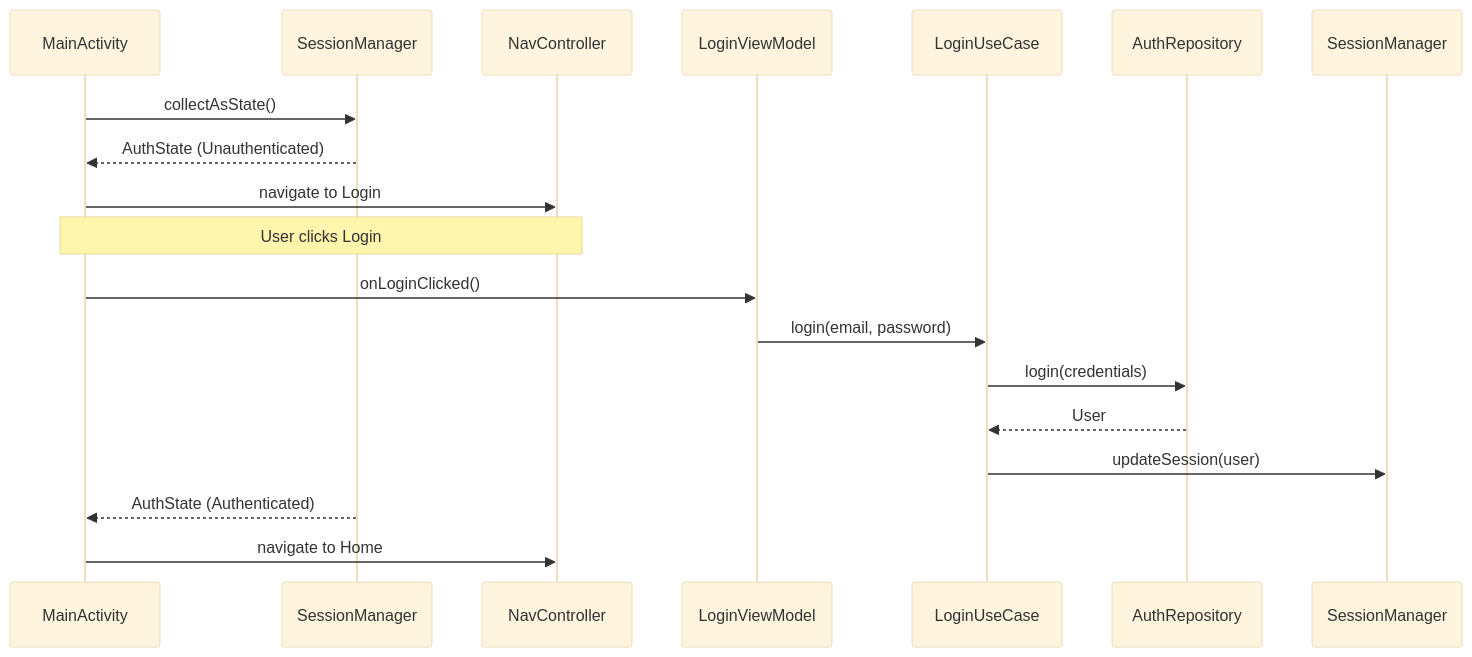
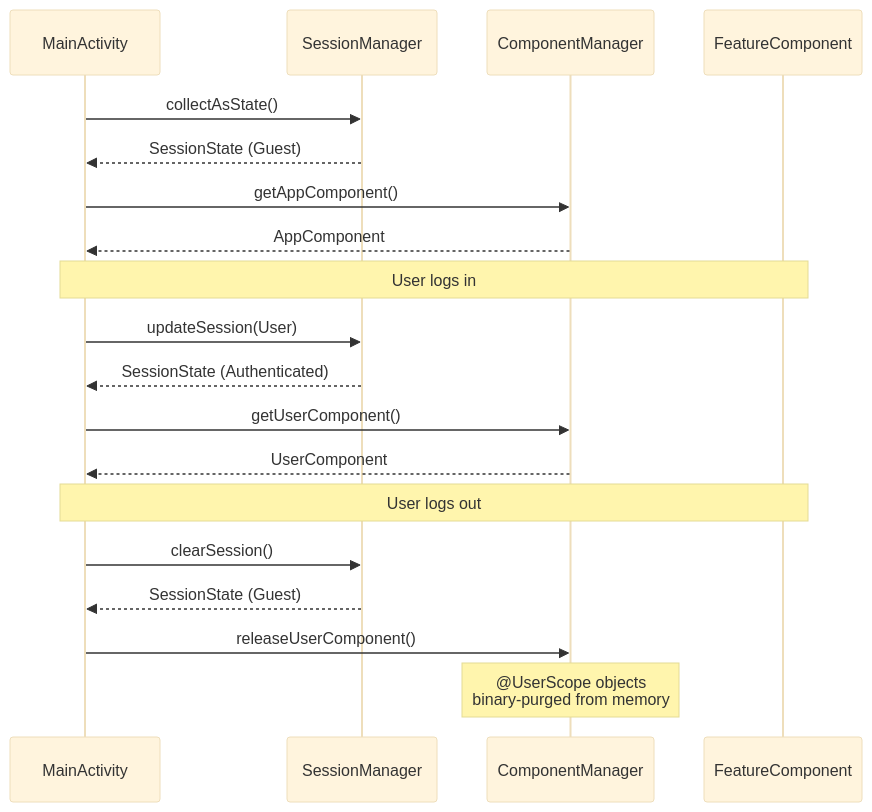
Diagram 11 of 13 in README.md (Rho-Studio/UI-Utils-Rho-Studio), drawn with Mermaid (base theme) before and after one commit. The commit also changed other lines of this file and 2 other files, not shown here.

Commit message:
UPDATE | #44 Pre-Release Doc and CI

````diff
--- a/README.md
+++ b/README.md
@@ -203,20 +518,24 @@
 ```mermaid
 sequenceDiagram
     participant UI as MainActivity
     participant SM as SessionManager
-    participant Nav as NavController
+    participant CM as ComponentManager
+    participant FC as FeatureComponent
     
     UI->>SM: collectAsState()
-    SM-->>UI: AuthState (Unauthenticated)
-    UI->>Nav: navigate to Login
+    SM-->>UI: SessionState (Guest)
+    UI->>CM: getAppComponent()
+    CM-->>UI: AppComponent
     
-    Note over UI,Nav: User clicks Login
-    UI->>LoginViewModel: onLoginClicked()
-    LoginViewModel->>LoginUseCase: login(email, password)
-    LoginUseCase->>AuthRepository: login(credentials)
-    AuthRepository-->>LoginUseCase: User
-    LoginUseCase->>SessionManager: updateSession(user)
+    Note over UI,FC: User logs in
+    UI->>SM: updateSession(User)
+    SM-->>UI: SessionState (Authenticated)
+    UI->>CM: getUserComponent()
+    CM-->>UI: UserComponent
     
-    SM-->>UI: AuthState (Authenticated)
-    UI->>Nav: navigate to Home
+    Note over UI,FC: User logs out
+    UI->>SM: clearSession()
+    SM-->>UI: SessionState (Guest)
+    UI->>CM: releaseUserComponent()
+    Note over CM: @UserScope objects<br/>binary-purged from memory
 ```
````
